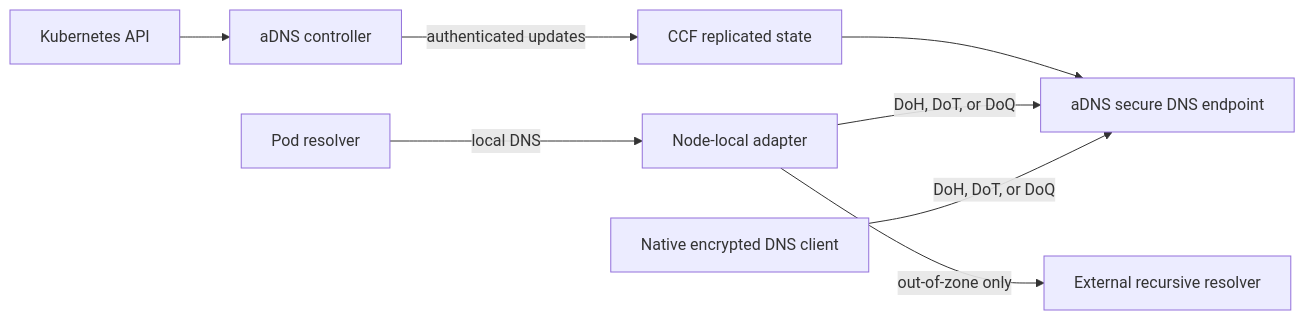
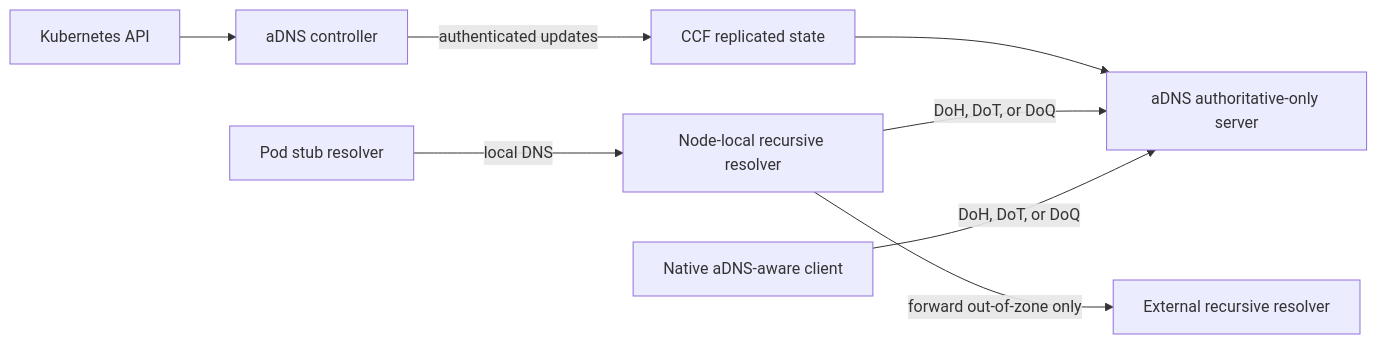
One commit to achamayou/ccfdns changed the diagram in micro_aDNS.md. Above: the diagram before and after it, drawn with Mermaid. The commit also changed other lines of this file and 2 other files, not shown here.

Commit message:
Align aDNS proposal with RFC terminology

````diff
--- a/micro_aDNS.md
+++ b/micro_aDNS.md
@@ -87,10 +116,10 @@
 ```mermaid
 flowchart LR
     API[Kubernetes API] --> Controller[aDNS controller]
     Controller -->|authenticated updates| CCF[CCF replicated state]
-    CCF --> ADNS[aDNS secure DNS endpoint]
-    Pod[Pod resolver] -->|local DNS| Adapter[Node-local adapter]
-    Adapter -->|DoH, DoT, or DoQ| ADNS
-    Native[Native encrypted DNS client] -->|DoH, DoT, or DoQ| ADNS
-    Adapter -->|out-of-zone only| Upstream[External recursive resolver]
+    CCF --> ADNS[aDNS authoritative-only server]
+    Pod[Pod stub resolver] -->|local DNS| Local[Node-local recursive resolver]
+    Local -->|DoH, DoT, or DoQ| ADNS
+    Native[Native aDNS-aware client] -->|DoH, DoT, or DoQ| ADNS
+    Local -->|forward out-of-zone only| Upstream[External recursive resolver]
 ```
````
